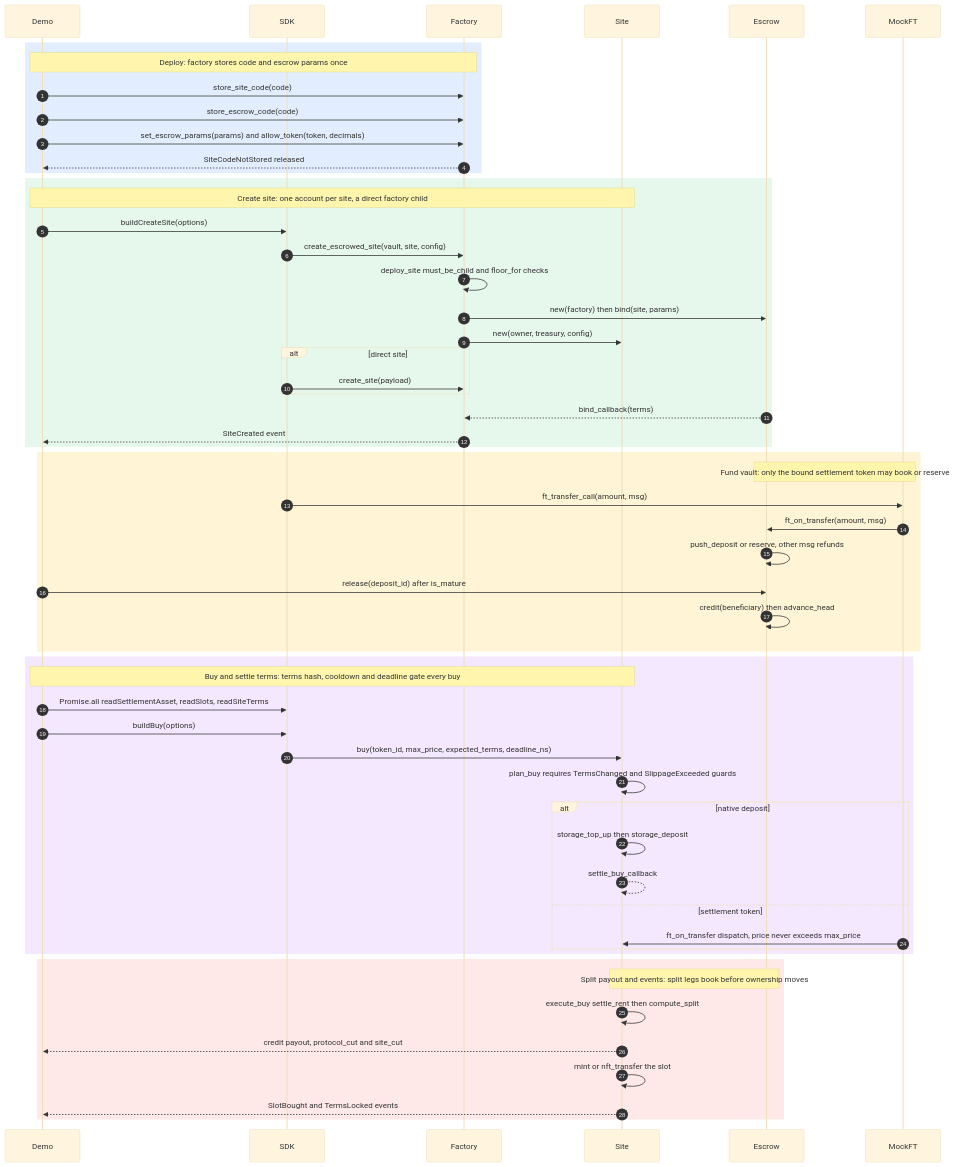
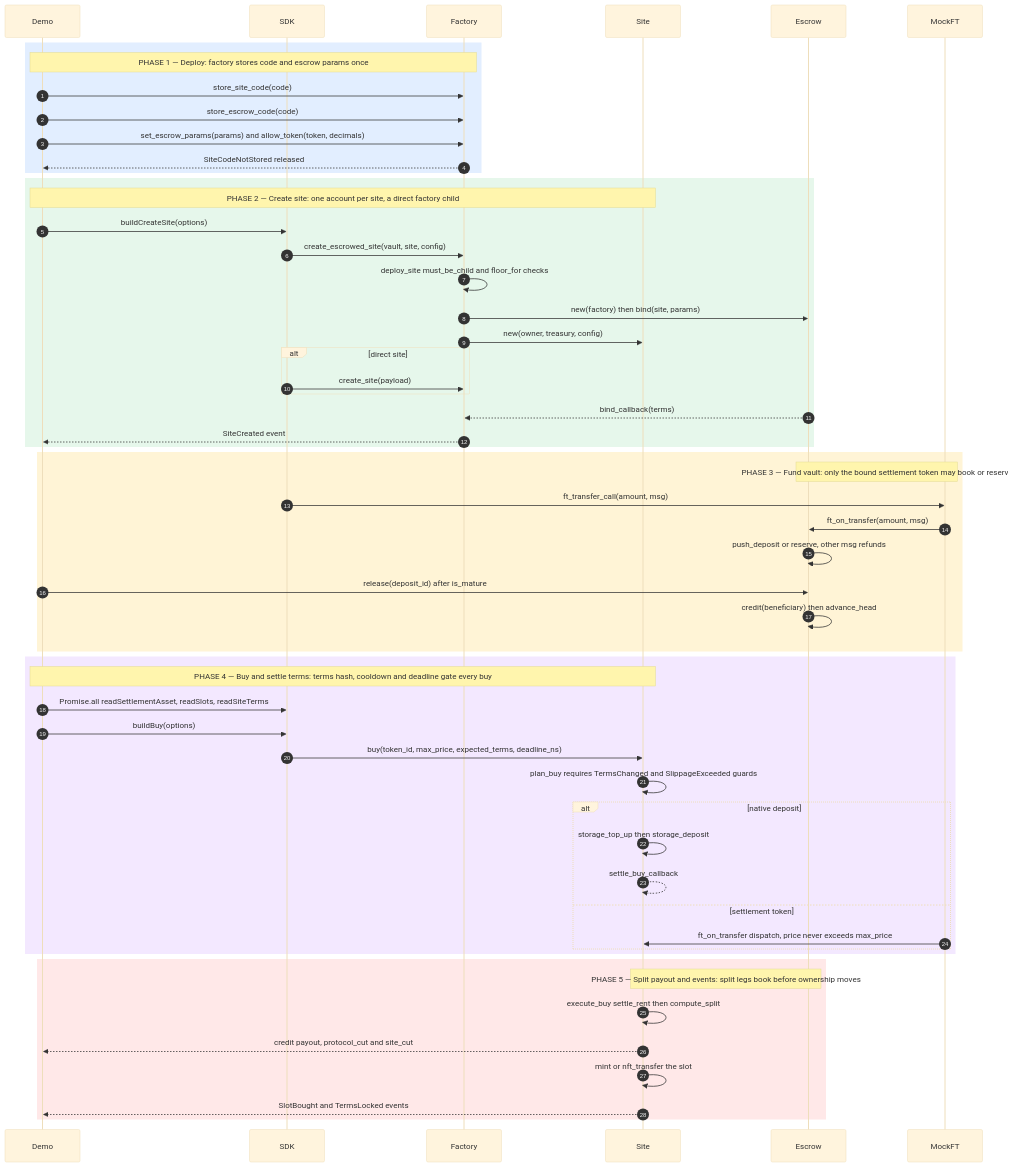
Before and after one commit to patrickfield152-del/time-bounded-nft-tenancy: the diagram in README.md, drawn with Mermaid.

Commit message:
docs(stele): number the diagram phases to match the zoned pattern

````diff
--- a/README.md
+++ b/README.md
@@ -7,59 +7,59 @@
 ```mermaid
 %%{init: {"theme":"base","themeVariables":{"fontSize":"14px"}}}%%
 sequenceDiagram
     autonumber
     participant D as Demo
     participant S as SDK
     participant F as Factory
     participant T as Site
     participant E as Escrow
     participant M as MockFT
     rect rgb(226,238,255)
-    Note over D,F: Deploy: factory stores code and escrow params once
+    Note over D,F: PHASE 1 — Deploy: factory stores code and escrow params once
     D->>F: store_site_code(code)
     D->>F: store_escrow_code(code)
     D->>F: set_escrow_params(params) and allow_token(token, decimals)
     F-->>D: SiteCodeNotStored released
     end
     rect rgb(230,247,235)
-    Note over D,T: Create site: one account per site, a direct factory child
+    Note over D,T: PHASE 2 — Create site: one account per site, a direct factory child
     D->>S: buildCreateSite(options)
     S->>F: create_escrowed_site(vault, site, config)
     F->>F: deploy_site must_be_child and floor_for checks
     F->>E: new(factory) then bind(site, params)
     F->>T: new(owner, treasury, config)
     alt direct site
     S->>F: create_site(payload)
     end
     E-->>F: bind_callback(terms)
     F-->>D: SiteCreated event
     end
     rect rgb(255,244,214)
-    Note over M,E: Fund vault: only the bound settlement token may book or reserve
+    Note over M,E: PHASE 3 — Fund vault: only the bound settlement token may book or reserve
     S->>M: ft_transfer_call(amount, msg)
     M->>E: ft_on_transfer(amount, msg)
     E->>E: push_deposit or reserve, other msg refunds
     D->>E: release(deposit_id) after is_mature
     E->>E: credit(beneficiary) then advance_head
     end
     rect rgb(243,232,255)
-    Note over D,T: Buy and settle terms: terms hash, cooldown and deadline gate every buy
+    Note over D,T: PHASE 4 — Buy and settle terms: terms hash, cooldown and deadline gate every buy
     D->>S: Promise.all readSettlementAsset, readSlots, readSiteTerms
     D->>S: buildBuy(options)
     S->>T: buy(token_id, max_price, expected_terms, deadline_ns)
     T->>T: plan_buy requires TermsChanged and SlippageExceeded guards
     alt native deposit
     T->>T: storage_top_up then storage_deposit
     T-->>T: settle_buy_callback
     else settlement token
     M->>T: ft_on_transfer dispatch, price never exceeds max_price
     end
     end
     rect rgb(255,232,232)
-    Note over T,E: Split payout and events: split legs book before ownership moves
+    Note over T,E: PHASE 5 — Split payout and events: split legs book before ownership moves
     T->>T: execute_buy settle_rent then compute_split
     T-->>D: credit payout, protocol_cut and site_cut
     T->>T: mint or nft_transfer the slot
     T-->>D: SlotBought and TermsLocked events
     end
 ```
````
